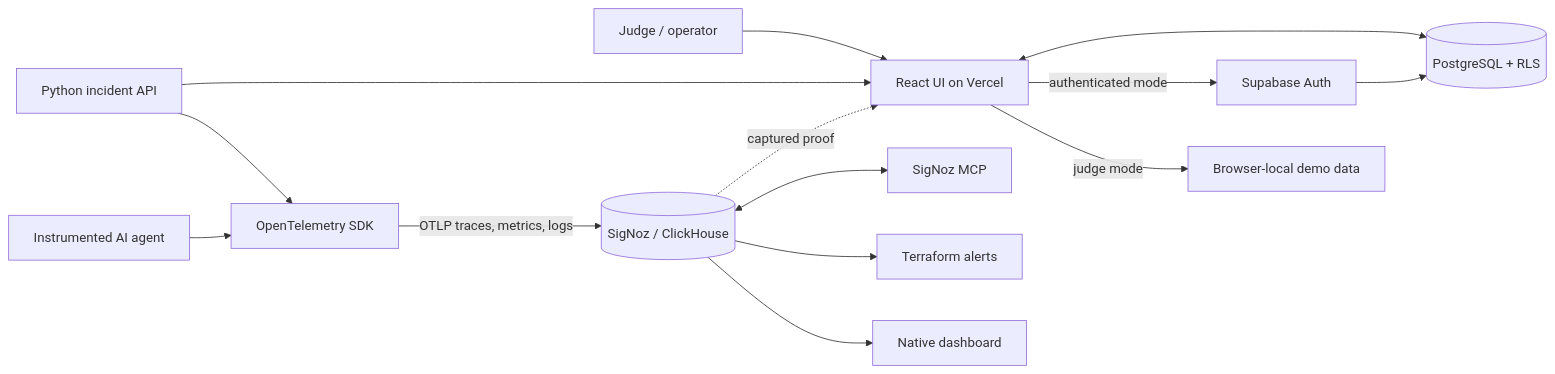
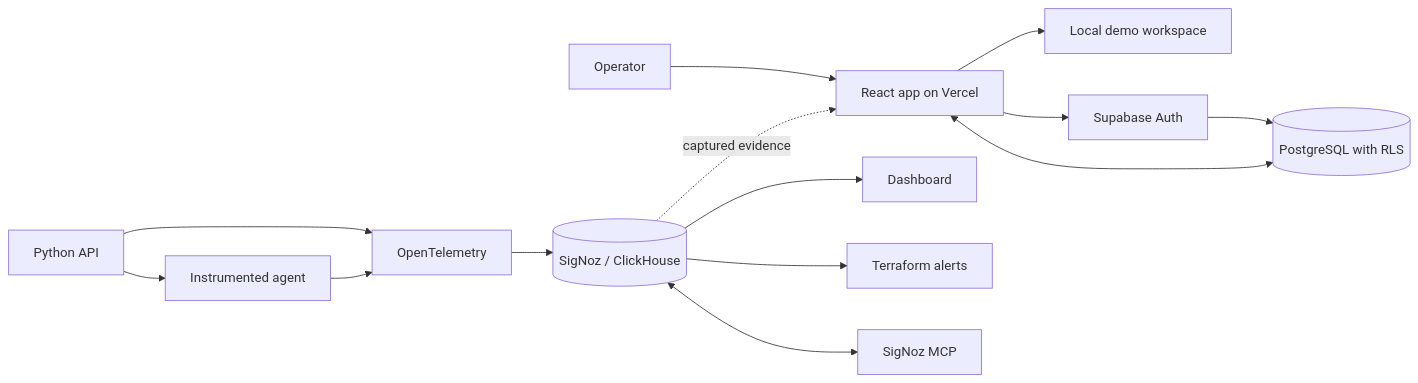
One commit to phanixdev/agentscope-sidekick changed the diagram in README.md. Above: the diagram before and after it, drawn with Mermaid. The commit also changed other lines of this file and 18 other files, not shown here.

````diff
--- a/README.md
+++ b/README.md
@@ -102,17 +77,17 @@
 ```mermaid
 flowchart LR
-    User["Judge / operator"] --> Web["React UI on Vercel"]
-    Web -->|"judge mode"| Demo["Browser-local demo data"]
-    Web -->|"authenticated mode"| Auth["Supabase Auth"]
-    Auth --> DB[("PostgreSQL + RLS")]
+    User["Operator"] --> Web["React app on Vercel"]
+    Web --> Demo["Local demo workspace"]
+    Web --> Auth["Supabase Auth"]
+    Auth --> DB[("PostgreSQL with RLS")]
     Web <--> DB
 
-    Agent["Instrumented AI agent"] --> OTel["OpenTelemetry SDK"]
-    API["Python incident API"] --> OTel
-    OTel -->|"OTLP traces, metrics, logs"| SigNoz[("SigNoz / ClickHouse")]
-    SigNoz --> Dashboard["Native dashboard"]
+    API["Python API"] --> Agent["Instrumented agent"]
+    API --> OTel["OpenTelemetry"]
+    Agent --> OTel
+    OTel --> SigNoz[("SigNoz / ClickHouse")]
+    SigNoz --> Dashboard["Dashboard"]
     SigNoz --> Alerts["Terraform alerts"]
     SigNoz <--> MCP["SigNoz MCP"]
-    API --> Web
-    SigNoz -. "captured proof" .-> Web
+    SigNoz -. "captured evidence" .-> Web
 ```
````
